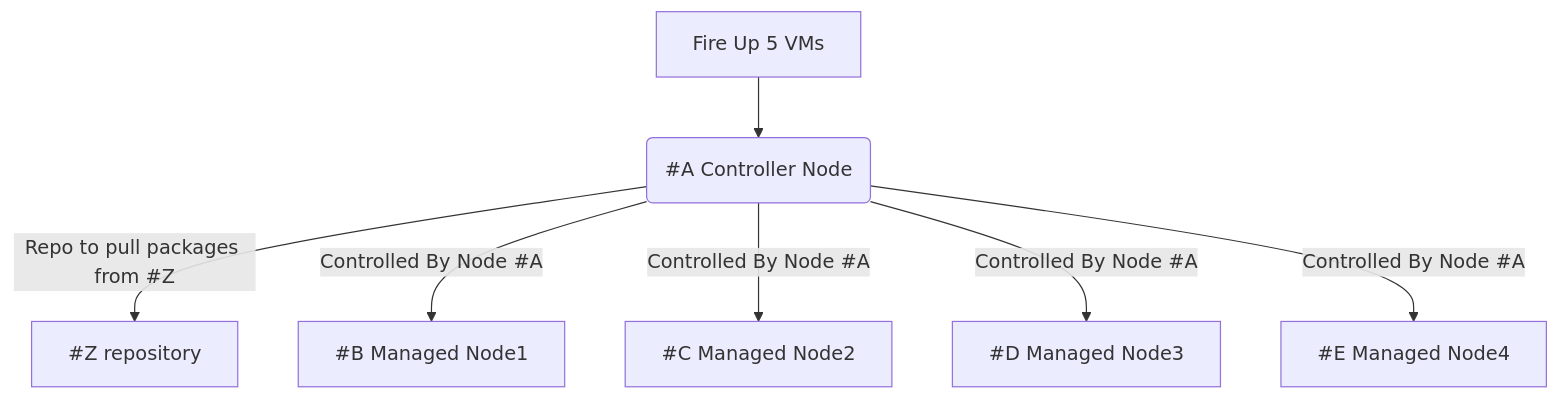
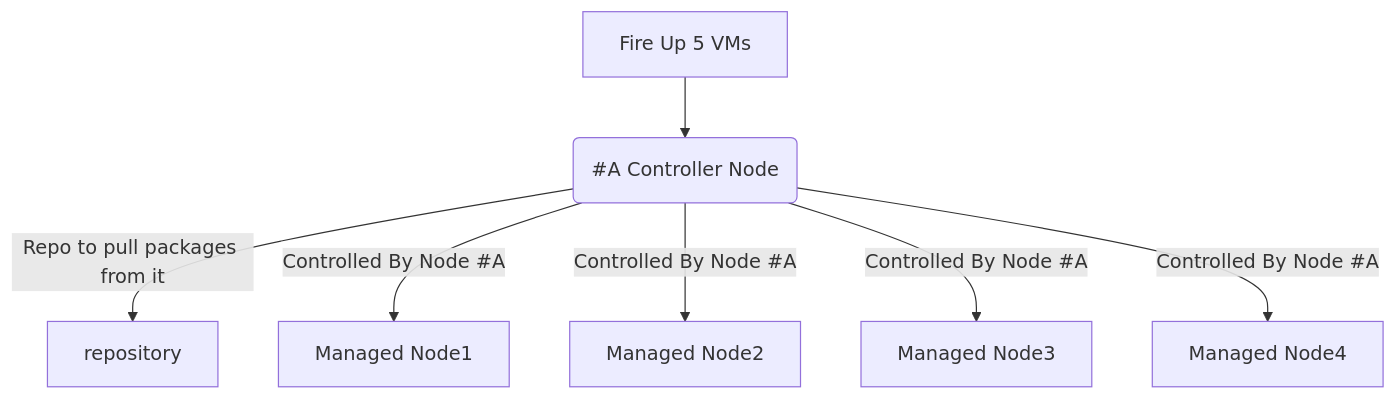
One commit to Abdulhamid97Mousa/RHCE-EX294 changed the diagram in Exam-Questions/README.md. Above: the diagram before and after it, drawn with Mermaid.

Commit message:
Add description

````diff
--- a/Exam-Questions/README.md
+++ b/Exam-Questions/README.md
@@ -23,9 +23,9 @@
 ```mermaid
 flowchart TD;
     A[Fire Up 5 VMs] --> B(#A Controller Node);
-    B -- Repo to pull packages from #Z --> Z[#Z repository];
-    B -- Controlled By Node #A --> C[#B Managed Node1];
-    B -- Controlled By Node #A --> D[#C Managed Node2];
-    B -- Controlled By Node #A --> E[#D Managed Node3];
-    B -- Controlled By Node #A --> F[#E Managed Node4];
+    B -- Repo to pull packages from it --> Z[repository];
+    B -- Controlled By Node #A --> C[Managed Node1];
+    B -- Controlled By Node #A --> D[Managed Node2];
+    B -- Controlled By Node #A --> E[Managed Node3];
+    B -- Controlled By Node #A --> F[Managed Node4];
 ```
````
